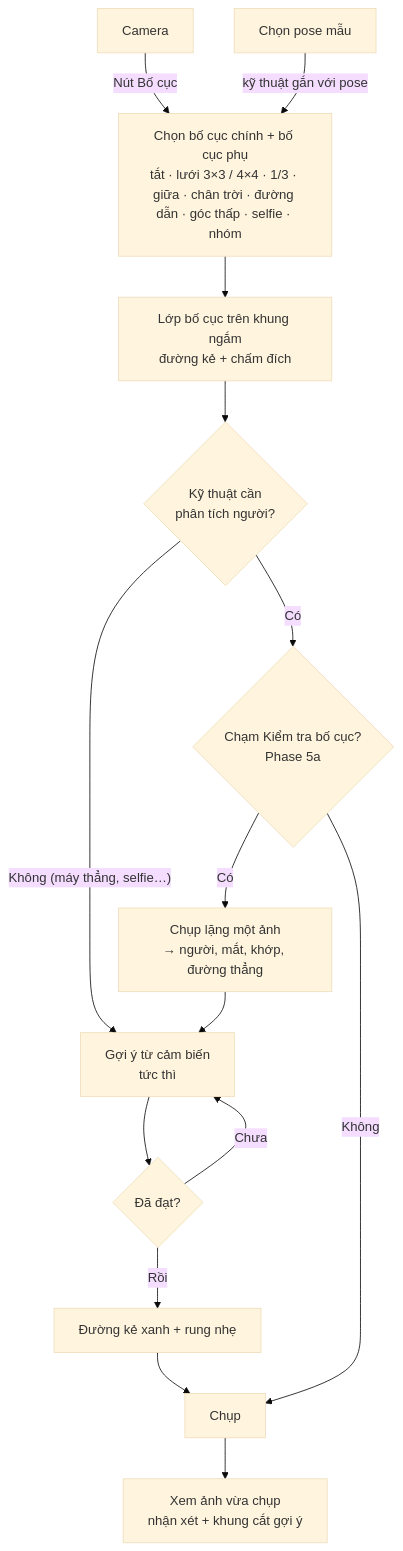
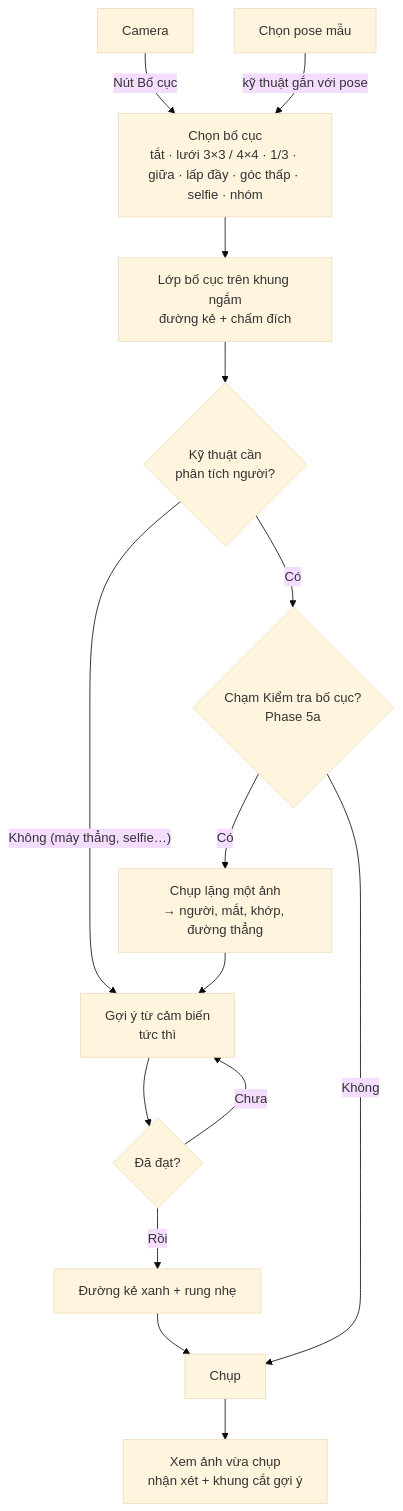
The fourth of 7 diagrams in docs/business-flow.md (tktnq2004/TakeASnap), drawn with Mermaid (base theme) before and after one commit. The commit also changed other lines of this file and 38 other files, not shown here.

````diff
--- a/docs/business-flow.md
+++ b/docs/business-flow.md
@@ -258,17 +257,17 @@
 ```mermaid
 flowchart TD
-    CAM[Camera] -- "Nút Bố cục" --> PICK[Chọn bố cục chính + bố cục phụ<br/>tắt · lưới 3×3 / 4×4 · 1/3 · giữa · chân trời · đường dẫn · góc thấp · selfie · nhóm]
+    CAM[Camera] -- "Nút Bố cục" --> PICK[Chọn bố cục<br/>tắt · lưới 3×3 / 4×4 · 1/3 · giữa · lấp đầy · góc thấp · selfie · nhóm]
     POSE[Chọn pose mẫu] -- "kỹ thuật gắn với pose" --> PICK
     PICK --> GUIDE[Lớp bố cục trên khung ngắm<br/>đường kẻ + chấm đích]
     GUIDE --> SENSE{Kỹ thuật cần<br/>phân tích người?}
     SENSE -- "Không (máy thẳng, selfie…)" --> HINT[Gợi ý từ cảm biến<br/>tức thì]
     SENSE -- "Có" --> CHECK{Chạm Kiểm tra bố cục?<br/>Phase 5a}
     CHECK -- "Có" --> ANALYZE[Chụp lặng một ảnh<br/>→ người, mắt, khớp, đường thẳng]
     ANALYZE --> HINT
     CHECK -- "Không" --> SHOOT
     HINT --> OK{Đã đạt?}
     OK -- "Chưa" --> HINT
     OK -- "Rồi" --> GREEN[Đường kẻ xanh + rung nhẹ]
     GREEN --> SHOOT[Chụp]
     SHOOT --> REVIEW[Xem ảnh vừa chụp<br/>nhận xét + khung cắt gợi ý]
 ```
````
